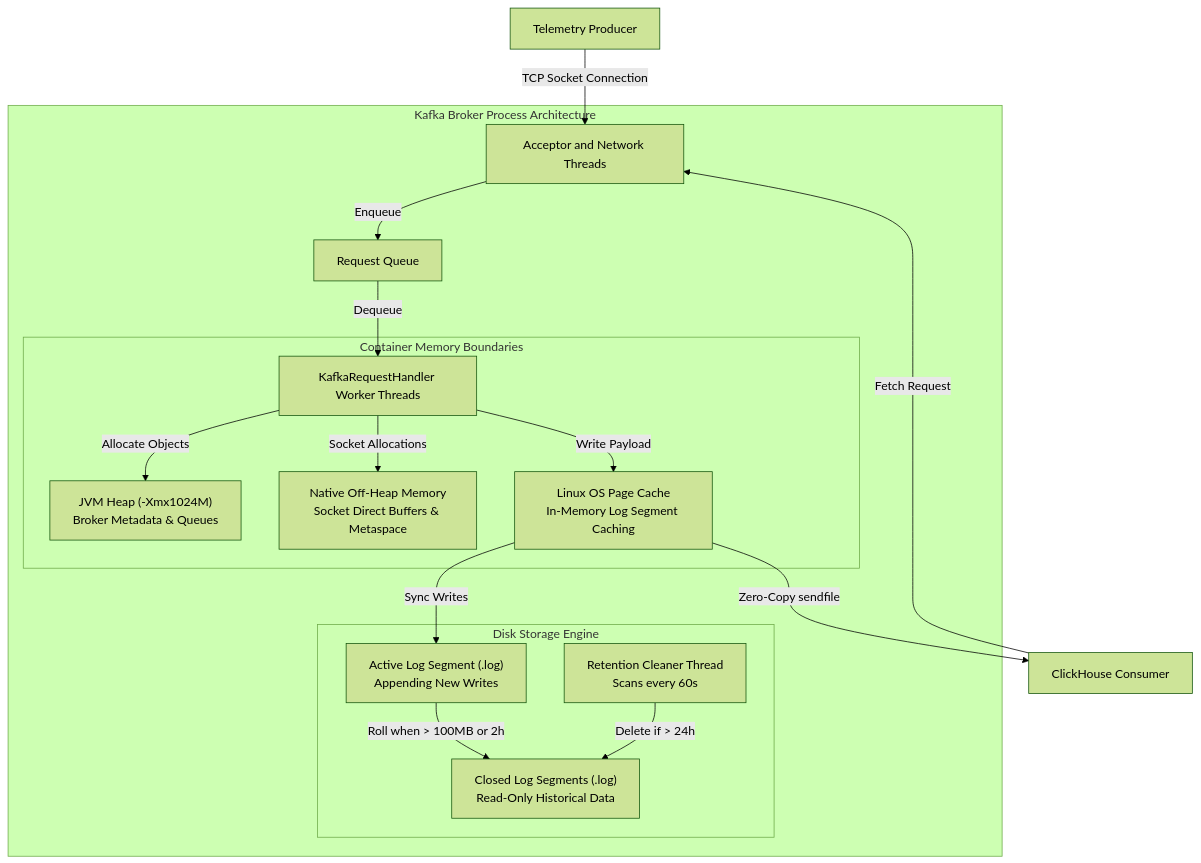
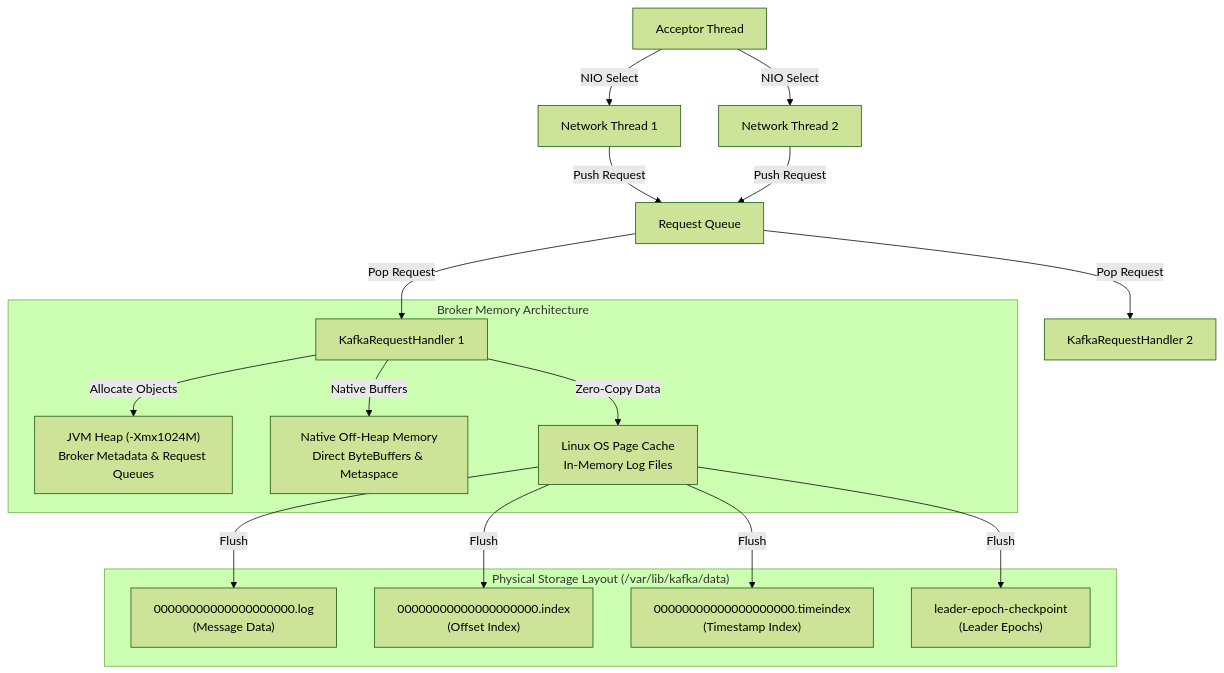
Before and after one commit to Chief-Strategist-J/llm-obs-infra: the fourth of 11 diagrams in docs/configDoc/kafka-configuration-guide.md, drawn with Mermaid (forest theme). The commit also changed other lines of this file, not shown here.

Commit message:
docs(kafka): add HLD/LLD diagrams, deep-dive mechanics, and parameter tables for Broker, Producer, Consumer, and Topic/Partition Management

````diff
--- a/docs/configDoc/kafka-configuration-guide.md
+++ b/docs/configDoc/kafka-configuration-guide.md
@@ -34,24 +90,24 @@
 ```mermaid
 graph TB
-    P1["Telemetry Producer"] -->|TCP Socket Connection| N1["Acceptor and Network Threads"]
-    C1["ClickHouse Consumer"] -->|Fetch Request| N1
+    Acceptor["Acceptor Thread"] -->|NIO Select| NetThread1["Network Thread 1"]
+    Acceptor -->|NIO Select| NetThread2["Network Thread 2"]
 
-    subgraph Broker Internal Process ["Kafka Broker Process Architecture"]
-        N1 -->|Enqueue| Q1["Request Queue"]
-        Q1 -->|Dequeue| W1["KafkaRequestHandler Worker Threads"]
-        
-        subgraph Memory Boundaries ["Container Memory Boundaries"]
-            W1 -->|Allocate Objects| H1["JVM Heap (-Xmx1024M)<br/>Broker Metadata & Queues"]
-            W1 -->|Socket Allocations| M1["Native Off-Heap Memory<br/>Socket Direct Buffers & Metaspace"]
-            W1 -->|Write Payload| PC1["Linux OS Page Cache<br/>In-Memory Log Segment Caching"]
-        end
+    NetThread1 -->|Push Request| RequestQueue["Request Queue"]
+    NetThread2 -->|Push Request| RequestQueue
 
-        subgraph Storage Engine ["Disk Storage Engine"]
-            PC1 -->|Sync Writes| AS1["Active Log Segment (.log)<br/>Appending New Writes"]
-            AS1 -->|Roll when > 100MB or 2h| CS1["Closed Log Segments (.log)<br/>Read-Only Historical Data"]
-            LT1["Retention Cleaner Thread<br/>Scans every 60s"] -->|Delete if > 24h| CS1
-        end
+    RequestQueue -->|Pop Request| IOThread1["KafkaRequestHandler 1"]
+    RequestQueue -->|Pop Request| IOThread2["KafkaRequestHandler 2"]
+
+    subgraph Memory Architecture ["Broker Memory Architecture"]
+        IOThread1 -->|Allocate Objects| JVMHeap["JVM Heap (-Xmx1024M)<br/>Broker Metadata & Request Queues"]
+        IOThread1 -->|Native Buffers| NativeMem["Native Off-Heap Memory<br/>Direct ByteBuffers & Metaspace"]
+        IOThread1 -->|Zero-Copy Data| PageCache["Linux OS Page Cache<br/>In-Memory Log Files"]
     end
 
-    PC1 -->|Zero-Copy sendfile| C1
+    subgraph Storage Layout ["Physical Storage Layout (/var/lib/kafka/data)"]
+        PageCache -->|Flush| LogFile["00000000000000000000.log<br/>(Message Data)"]
+        PageCache -->|Flush| IndexFile["00000000000000000000.index<br/>(Offset Index)"]
+        PageCache -->|Flush| TimeIndex["00000000000000000000.timeindex<br/>(Timestamp Index)"]
+        PageCache -->|Flush| EpochFile["leader-epoch-checkpoint<br/>(Leader Epochs)"]
+    end
 ```
````
